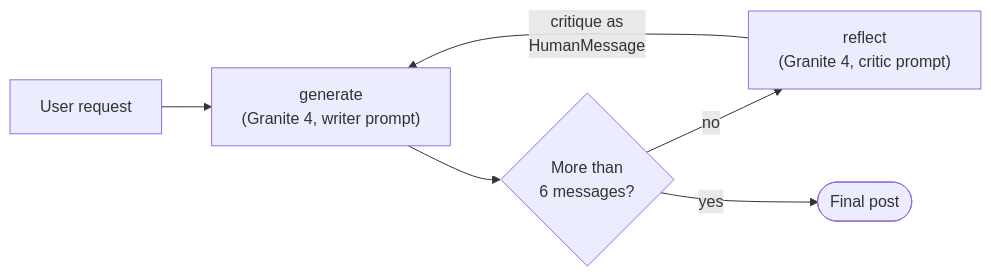
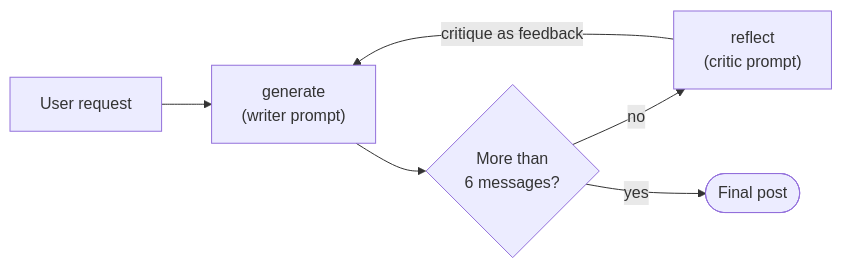
Before and after one commit to danezi/ibm-rag-agentic-ai-portfolio: the second of 2 diagrams in courses/07-agentic-ai-langchain-langgraph/README.md, drawn with Mermaid. The commit also changed other lines of this file and 1 other file, not shown here.

````diff
--- a/courses/07-agentic-ai-langchain-langgraph/README.md
+++ b/courses/07-agentic-ai-langchain-langgraph/README.md
@@ -13,8 +29,8 @@
 ```mermaid
 flowchart LR
-    U["User request"] --> G["generate<br/>(Granite 4, writer prompt)"]
+    U["User request"] --> G["generate<br/>(writer prompt)"]
     G --> C{"More than<br/>6 messages?"}
-    C -->|no| R["reflect<br/>(Granite 4, critic prompt)"]
-    R -->|"critique as<br/>HumanMessage"| G
+    C -->|no| R["reflect<br/>(critic prompt)"]
+    R -->|"critique as feedback"| G
     C -->|yes| E(["Final post"])
 ```
````
